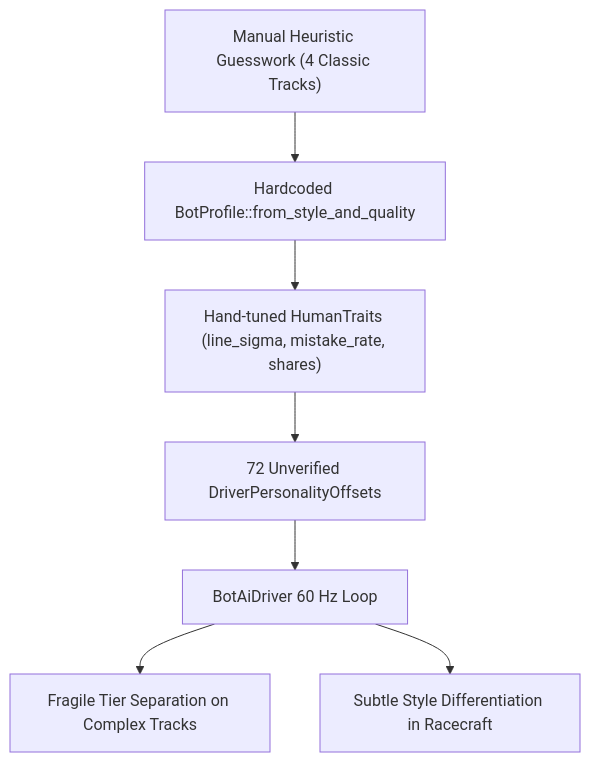
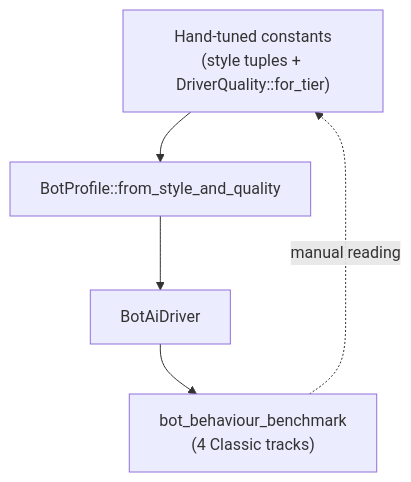
Before and after one commit to magomar/tdrace: the first of 2 diagrams in specs/083_evorl_bot_driving_style_and_performance_optimization.md, drawn with Mermaid. The commit also changed other lines of this file and 5 other files, not shown here.

````diff
--- a/specs/083_evorl_bot_driving_style_and_performance_optimization.md
+++ b/specs/083_evorl_bot_driving_style_and_performance_optimization.md
@@ -63,9 +78,7 @@
 ```mermaid
 flowchart TD
-    M1["Manual Heuristic Guesswork (4 Classic Tracks)"] --> P1["Hardcoded BotProfile::from_style_and_quality"]
-    P1 --> H1["Hand-tuned HumanTraits (line_sigma, mistake_rate, shares)"]
-    H1 --> D1["72 Unverified DriverPersonalityOffsets"]
-    D1 --> B1["BotAiDriver 60 Hz Loop"]
-    B1 --> T1["Fragile Tier Separation on Complex Tracks"]
-    B1 --> S1["Subtle Style Differentiation in Racecraft"]
+    H["Hand-tuned constants<br/>(style tuples + DriverQuality::for_tier)"] --> P["BotProfile::from_style_and_quality"]
+    P --> B["BotAiDriver"]
+    B --> R["bot_behaviour_benchmark<br/>(4 Classic tracks)"]
+    R -.->|manual reading| H
 ```
````
